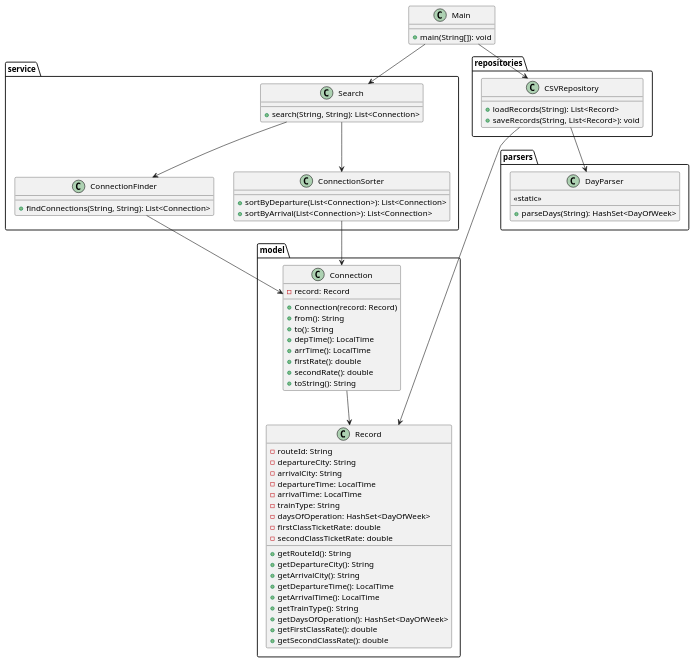
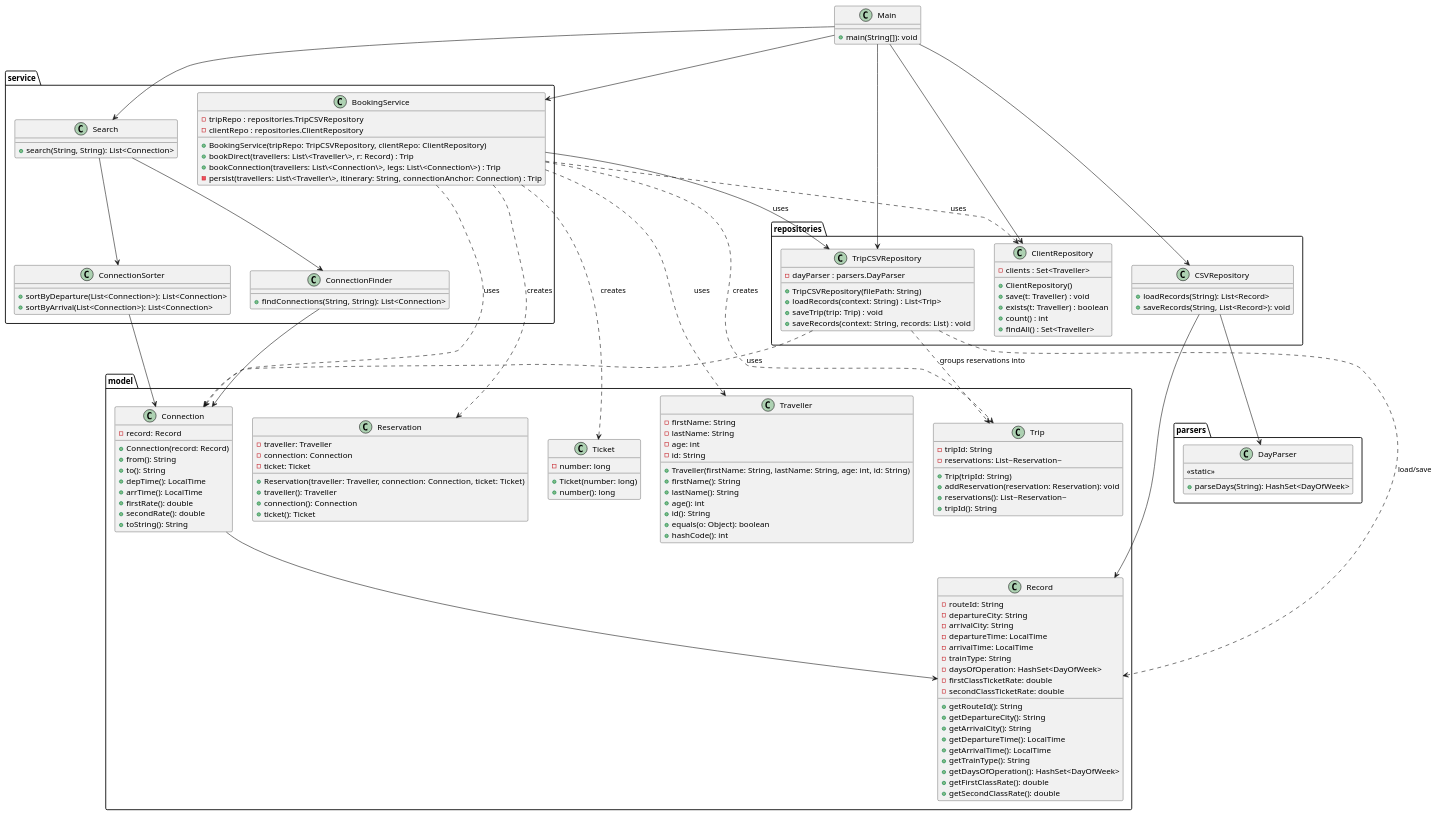
One commit to antholim/SOEN342 changed the diagram in artifacts/Iteration1/classdiagram.pu. Above: the diagram before and after it, drawn with PlantUML. The commit also changed 1 other file, not shown here.

```diff
--- a/artifacts/Iteration1/classdiagram.pu
+++ b/artifacts/Iteration1/classdiagram.pu
@@ -1,79 +1,152 @@
 @startuml
 
 package model {
     class Record {
         - routeId: String
         - departureCity: String
         - arrivalCity: String
         - departureTime: LocalTime
         - arrivalTime: LocalTime
         - trainType: String
         - daysOfOperation: HashSet<DayOfWeek>
         - firstClassTicketRate: double
         - secondClassTicketRate: double
         + getRouteId(): String
         + getDepartureCity(): String
         + getArrivalCity(): String
         + getDepartureTime(): LocalTime
         + getArrivalTime(): LocalTime
         + getTrainType(): String
         + getDaysOfOperation(): HashSet<DayOfWeek>
         + getFirstClassRate(): double
         + getSecondClassRate(): double
     }
     class Connection {
         - record: Record
         + Connection(record: Record)
         + from(): String
         + to(): String
         + depTime(): LocalTime
         + arrTime(): LocalTime
         + firstRate(): double
         + secondRate(): double
         + toString(): String
     }
+
+        class Trip {
+        - tripId: String
+        - reservations: List~Reservation~
+        + Trip(tripId: String)
+        + addReservation(reservation: Reservation): void
+        + reservations(): List~Reservation~
+        + tripId(): String
+    }
+
+    class Reservation {
+        - traveller: Traveller
+        - connection: Connection
+        - ticket: Ticket
+        + Reservation(traveller: Traveller, connection: Connection, ticket: Ticket)
+        + traveller(): Traveller
+        + connection(): Connection
+        + ticket(): Ticket
+    }
+      class Ticket {
+    - number: long
+    + Ticket(number: long)
+    + number(): long
+  }
+
+  class Traveller {
+    - firstName: String
+    - lastName: String
+    - age: int
+    - id: String
+    + Traveller(firstName: String, lastName: String, age: int, id: String)
+    + firstName(): String
+    + lastName(): String
+    + age(): int
+    + id(): String
+    + equals(o: Object): boolean
+    + hashCode(): int
+  }
 }
 
 package parsers {
     class DayParser {
         + parseDays(String): HashSet<DayOfWeek>
         <<static>>
     }
 }
 
 package repositories {
     class CSVRepository {
         + loadRecords(String): List<Record>
         + saveRecords(String, List<Record>): void
     }
+    class TripCSVRepository {
+        - dayParser : parsers.DayParser
+        + TripCSVRepository(filePath: String)
+        + loadRecords(context: String) : List<Trip>
+        + saveTrip(trip: Trip) : void
+        + saveRecords(context: String, records: List) : void
+    }
+      class ClientRepository {
+    - clients : Set<Traveller>
+    + ClientRepository()
+    + save(t: Traveller) : void
+    + exists(t: Traveller) : boolean
+    + count() : int
+    + findAll() : Set<Traveller>
+  }
 }
 
 package service {
     class ConnectionFinder {
         + findConnections(String, String): List<Connection>
     }
     class ConnectionSorter {
         + sortByDeparture(List<Connection>): List<Connection>
         + sortByArrival(List<Connection>): List<Connection>
     }
     class Search {
         + search(String, String): List<Connection>
     }
+      class BookingService {
+    - tripRepo : repositories.TripCSVRepository
+    - clientRepo : repositories.ClientRepository
+    + BookingService(tripRepo: TripCSVRepository, clientRepo: ClientRepository)
+    + bookDirect(travellers: List\<Traveller\>, r: Record) : Trip
+    + bookConnection(travellers: List\<Connection\>, legs: List\<Connection\>) : Trip
+    - persist(travellers: List\<Traveller\>, itinerary: String, connectionAnchor: Connection) : Trip
+  }
 }
 
 class Main {
     + main(String[]): void
 }
 
 ' Relationships
 Main --> CSVRepository
 Main --> Search
+Main --> BookingService
+Main --> ClientRepository
+Main --> TripCSVRepository
 CSVRepository --> Record
 Connection --> Record
 ConnectionFinder --> Connection
 ConnectionSorter --> Connection
 Search --> ConnectionFinder
 Search --> ConnectionSorter
 CSVRepository --> DayParser
-
+TripCSVRepository ..> Record : "load/save"
+TripCSVRepository ..> Trip : "groups reservations into"
+TripCSVRepository ..> Connection : "uses"
+BookingService --> TripCSVRepository : uses
+BookingService ..> ClientRepository : uses
+BookingService ..> Trip : creates
+BookingService ..> Traveller : uses
+BookingService ..> Connection : uses
+BookingService ..> Reservation : creates
+BookingService ..> Ticket : creates
 @enduml
```
